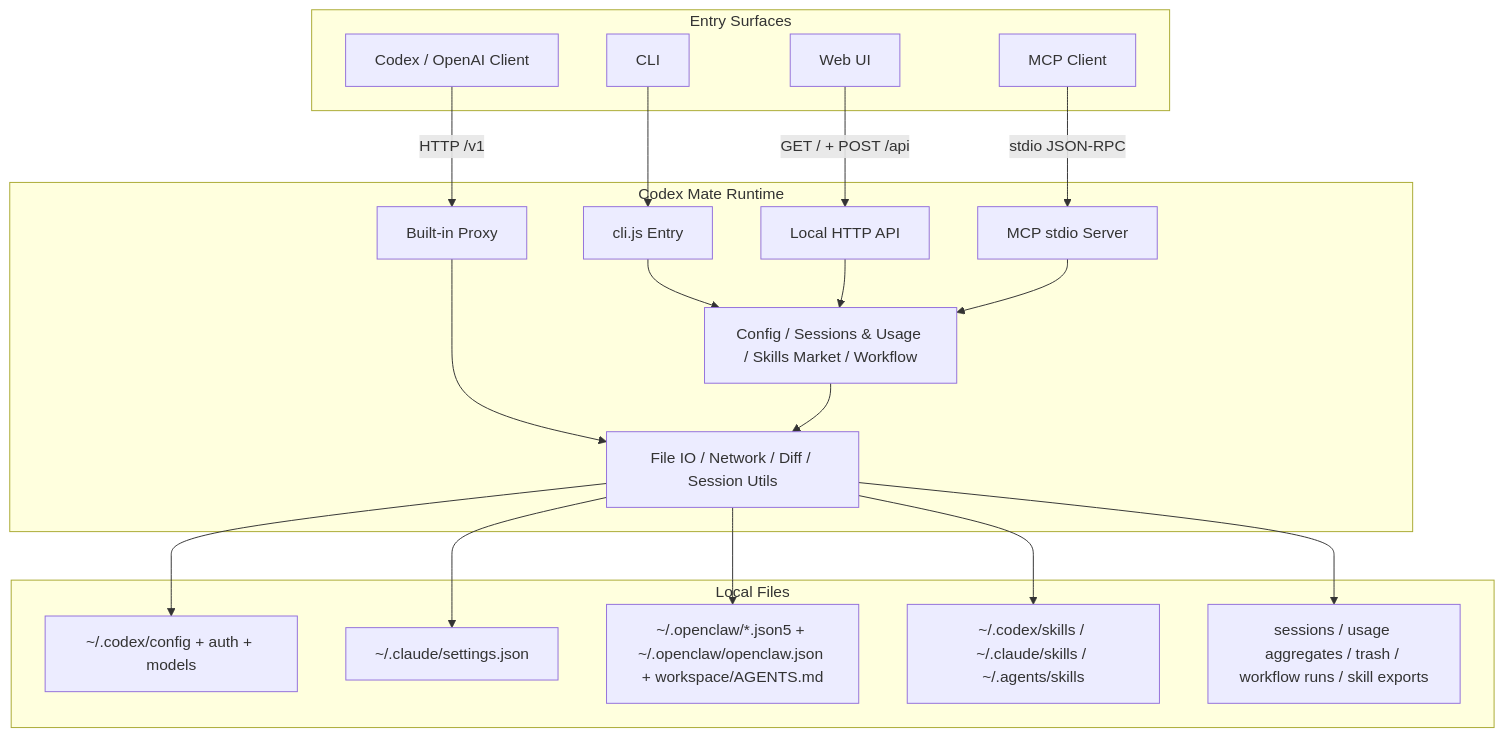
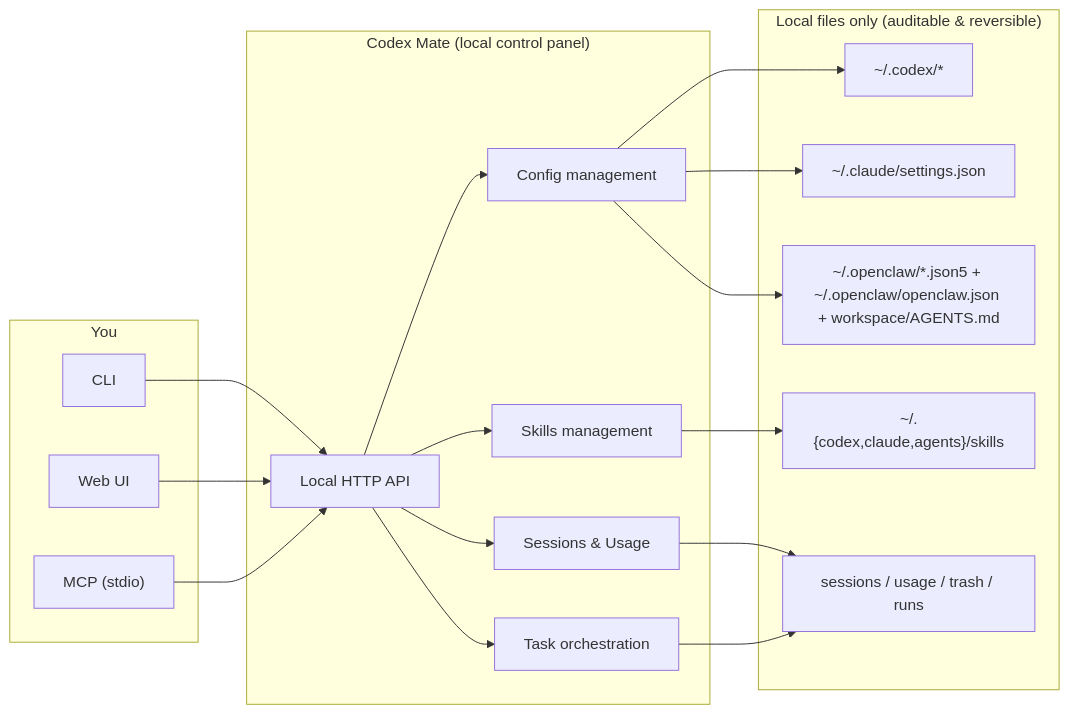
Before and after one commit to ymkiux/codexmate: the diagram in README.en.md, drawn with Mermaid. The commit also changed other lines of this file and 1 other file, not shown here.

Commit message:
docs: make architecture overview user-centric

````diff
--- a/README.en.md
+++ b/README.en.md
@@ -75,44 +79,40 @@
 ```mermaid
-flowchart TB
-    subgraph Interfaces["Entry Surfaces"]
+flowchart LR
+    subgraph You["You"]
       CLI["CLI"]
       WEB["Web UI"]
-      MCP["MCP Client"]
-      OAI["Codex / OpenAI Client"]
+      MCP["MCP (stdio)"]
     end
 
-    subgraph Runtime["Codex Mate Runtime"]
-      ENTRY["cli.js Entry"]
+    subgraph Mate["Codex Mate (local control panel)"]
       API["Local HTTP API"]
-      MCPS["MCP stdio Server"]
-      PROXY["Built-in Proxy"]
-      SERVICES["Config / Sessions & Usage / Skills Market / Workflow"]
-      CORE["File IO / Network / Diff / Session Utils"]
+      CFG["Config management"]
+      SESS["Sessions & Usage"]
+      SKL["Skills management"]
+      TASK["Task orchestration"]
     end
 
-    subgraph Data["Local Files"]
-      CODEX["~/.codex/config + auth + models"]
+    subgraph Files["Local files only (auditable & reversible)"]
+      CODEX["~/.codex/*"]
       CLAUDE["~/.claude/settings.json"]
       OPENCLAW["~/.openclaw/*.json5 + ~/.openclaw/openclaw.json + workspace/AGENTS.md"]
-      SKILLS["~/.codex/skills / ~/.claude/skills / ~/.agents/skills"]
-      STATE["sessions / usage aggregates / trash / workflow runs / skill exports"]
+      SKILLS["~/.{codex,claude,agents}/skills"]
+      STATE["sessions / usage / trash / runs"]
     end
 
-    CLI --> ENTRY
-    WEB -->|GET / + POST /api| API
-    MCP -->|stdio JSON-RPC| MCPS
-    OAI -->|HTTP /v1| PROXY
+    CLI --> API
+    WEB --> API
+    MCP --> API
 
-    ENTRY --> SERVICES
-    API --> SERVICES
-    MCPS --> SERVICES
-    PROXY --> CORE
+    API --> CFG
+    API --> SESS
+    API --> SKL
+    API --> TASK
 
-    SERVICES --> CORE
-
-    CORE --> CODEX
-    CORE --> CLAUDE
-    CORE --> OPENCLAW
-    CORE --> SKILLS
-    CORE --> STATE
+    CFG --> CODEX
+    CFG --> CLAUDE
+    CFG --> OPENCLAW
+    SKL --> SKILLS
+    SESS --> STATE
+    TASK --> STATE
 ```
````
